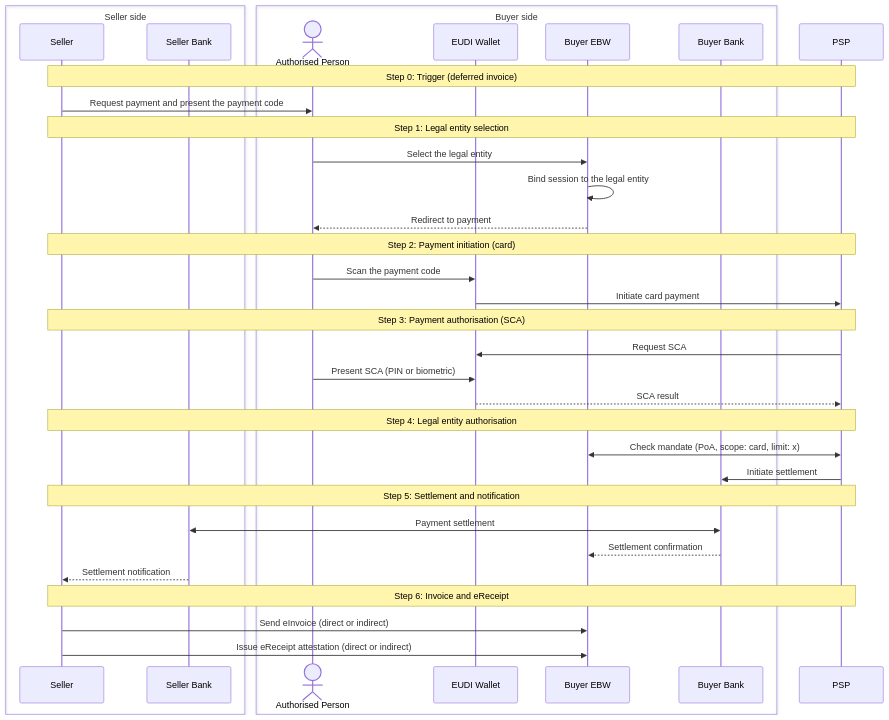
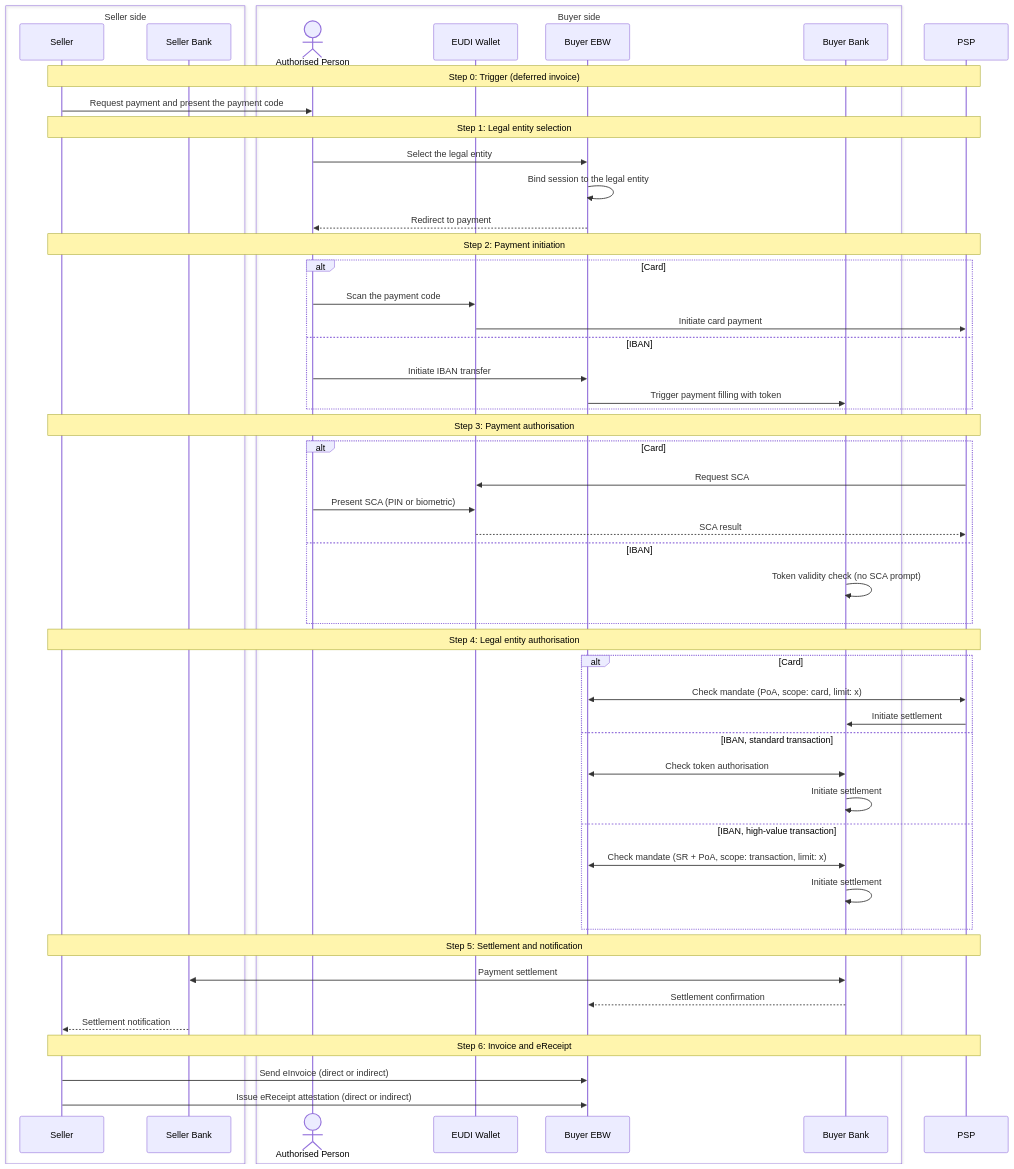
The diagram in scenario-01/README.md (webuild-consortium/PA4), drawn with Mermaid before and after one commit. The commit also changed other lines of this file and 1 other file, not shown here.

Commit message:
Shorten root README and allow card or IBAN in Scenario 1
Reduce the root README to purpose, scenario table and actors. Describe
Scenario 1 (deferred invoice) as card or IBAN payment and add the IBAN
branch to its steps and sequence diagram.

````diff
--- a/scenario-01/README.md
+++ b/scenario-01/README.md
@@ -23,44 +23,61 @@
 ```mermaid
 sequenceDiagram
   box Seller side
     participant Seller
     participant SellerBank as Seller Bank
   end
   box Buyer side
     actor AuthPerson as Authorised Person
     participant EUDI as EUDI Wallet
     participant Buyer as Buyer EBW
     participant BuyerBank as Buyer Bank
   end
   participant PSP
 
   note over Seller, PSP: Step 0: Trigger (deferred invoice)
   Seller ->> AuthPerson: Request payment and present the payment code
 
   note over Seller, PSP: Step 1: Legal entity selection
   AuthPerson ->> Buyer: Select the legal entity
   Buyer ->> Buyer: Bind session to the legal entity
   Buyer -->> AuthPerson: Redirect to payment
 
-  note over Seller, PSP: Step 2: Payment initiation (card)
-  AuthPerson ->> EUDI: Scan the payment code
-  EUDI ->> PSP: Initiate card payment
+  note over Seller, PSP: Step 2: Payment initiation
+  alt Card
+    AuthPerson ->> EUDI: Scan the payment code
+    EUDI ->> PSP: Initiate card payment
+  else IBAN
+    AuthPerson ->> Buyer: Initiate IBAN transfer
+    Buyer ->> BuyerBank: Trigger payment filling with token
+  end
 
-  note over Seller, PSP: Step 3: Payment authorisation (SCA)
-  PSP ->> EUDI: Request SCA
-  AuthPerson ->> EUDI: Present SCA (PIN or biometric)
-  EUDI -->> PSP: SCA result
+  note over Seller, PSP: Step 3: Payment authorisation
+  alt Card
+    PSP ->> EUDI: Request SCA
+    AuthPerson ->> EUDI: Present SCA (PIN or biometric)
+    EUDI -->> PSP: SCA result
+  else IBAN
+    BuyerBank ->> BuyerBank: Token validity check (no SCA prompt)
+  end
 
   note over Seller, PSP: Step 4: Legal entity authorisation
-  PSP <<->> Buyer: Check mandate (PoA, scope: card, limit: x)
-  PSP ->> BuyerBank: Initiate settlement
+  alt Card
+    PSP <<->> Buyer: Check mandate (PoA, scope: card, limit: x)
+    PSP ->> BuyerBank: Initiate settlement
+  else IBAN, standard transaction
+    BuyerBank <<->> Buyer: Check token authorisation
+    BuyerBank ->> BuyerBank: Initiate settlement
+  else IBAN, high-value transaction
+    BuyerBank <<->> Buyer: Check mandate (SR + PoA, scope: transaction, limit: x)
+    BuyerBank ->> BuyerBank: Initiate settlement
+  end
 
   note over Seller, PSP: Step 5: Settlement and notification
   BuyerBank <<->> SellerBank: Payment settlement
   BuyerBank -->> Buyer: Settlement confirmation
   SellerBank -->> Seller: Settlement notification
 
   note over Seller, PSP: Step 6: Invoice and eReceipt
   Seller ->> Buyer: Send eInvoice (direct or indirect)
   Seller ->> Buyer: Issue eReceipt attestation (direct or indirect)
 ```
````
